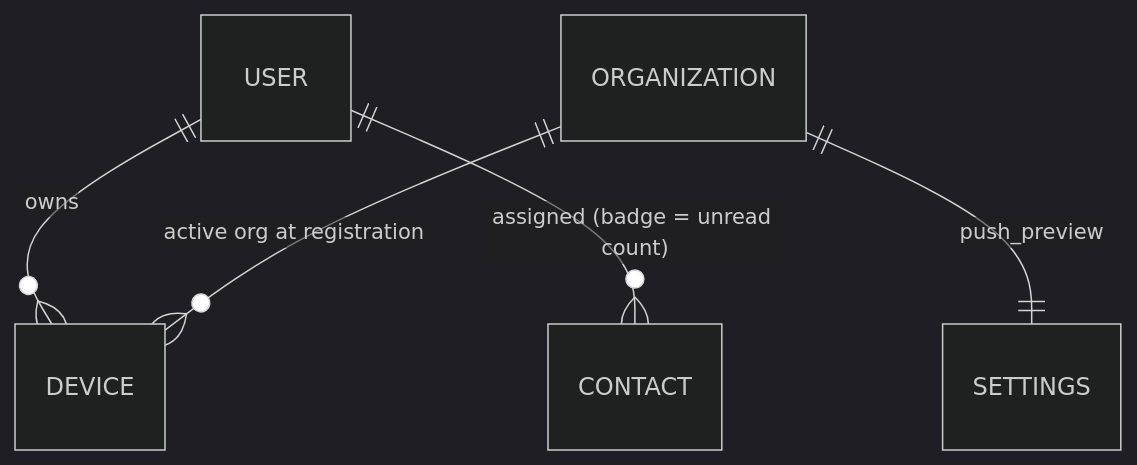
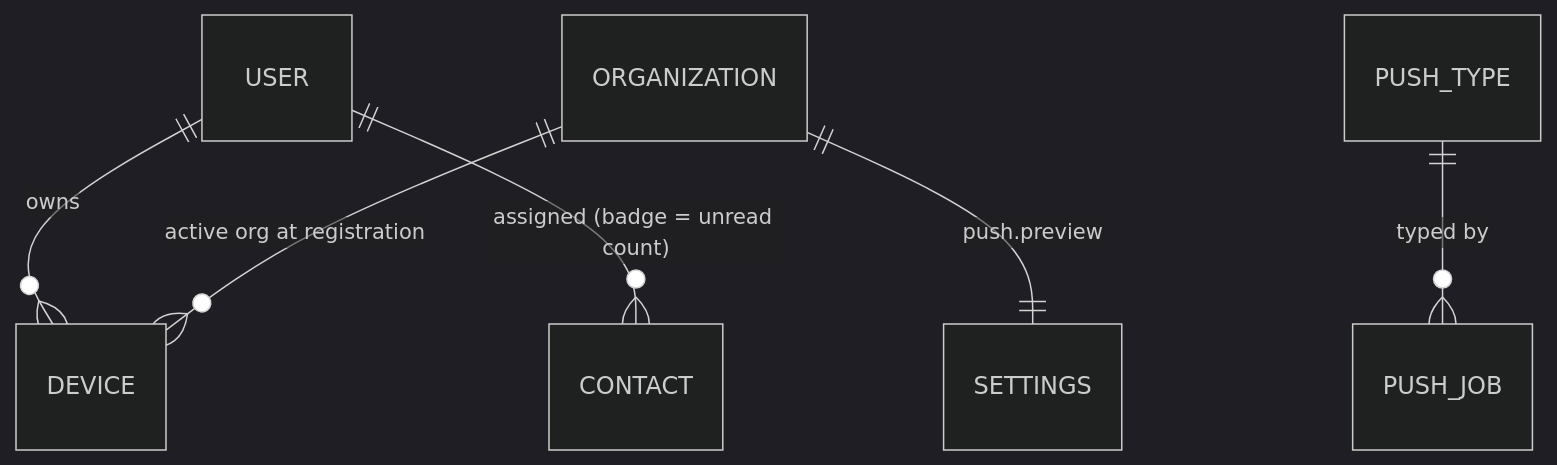
One commit to suparikoli/whatomate changed the first of 2 diagrams in docs/programs/polygin-saas/modules/apps/G1.md. Above: the diagram before and after it, drawn with Mermaid (dark theme). The commit also changed other lines of this file and 38 other files, not shown here.

````diff
--- a/docs/programs/polygin-saas/modules/apps/G1.md
+++ b/docs/programs/polygin-saas/modules/apps/G1.md
@@ -35,7 +31,8 @@
 ```mermaid
 erDiagram
   USER ||--o{ DEVICE : owns
   ORGANIZATION ||--o{ DEVICE : "active org at registration"
   USER ||--o{ CONTACT : "assigned (badge = unread count)"
-  ORGANIZATION ||--|| SETTINGS : "push_preview"
+  ORGANIZATION ||--|| SETTINGS : "push.preview"
+  PUSH_TYPE ||--o{ PUSH_JOB : "typed by"
 ```
````
